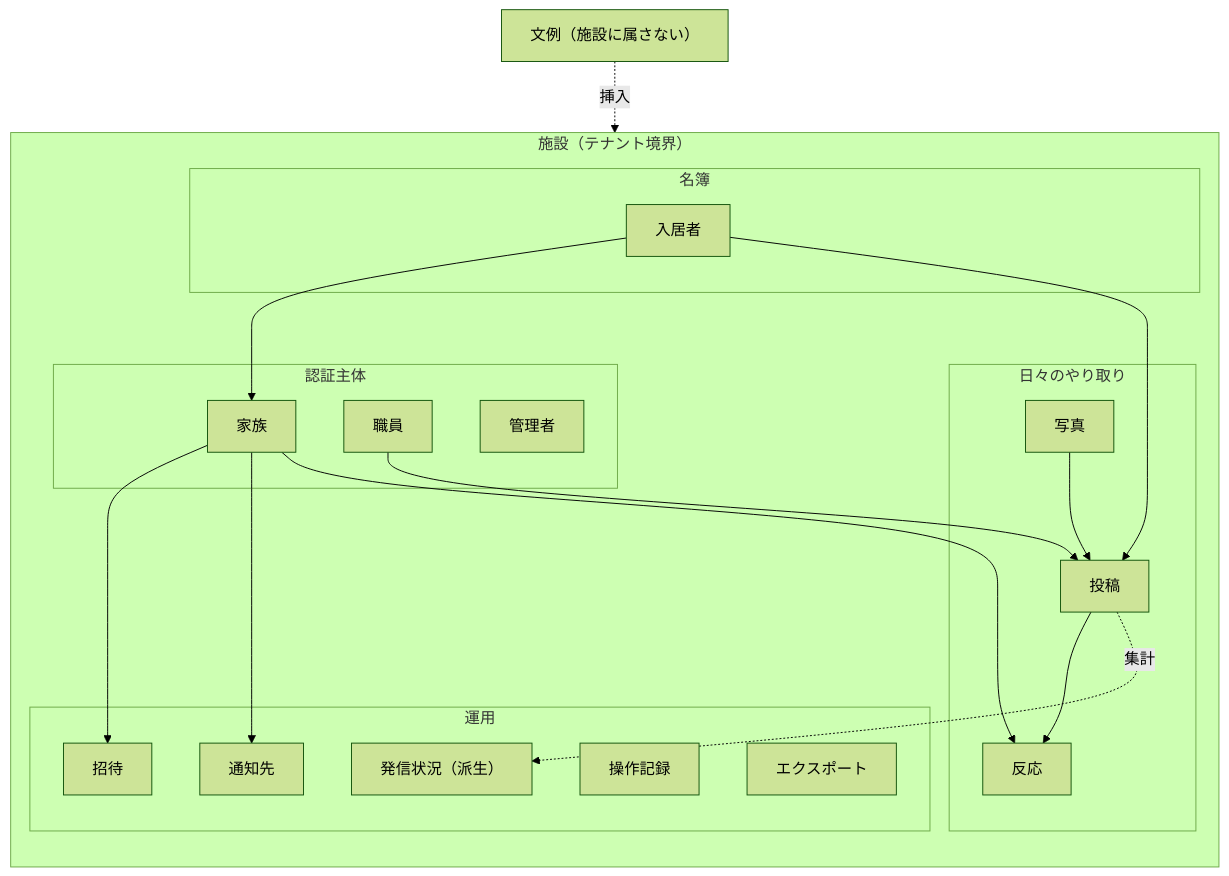
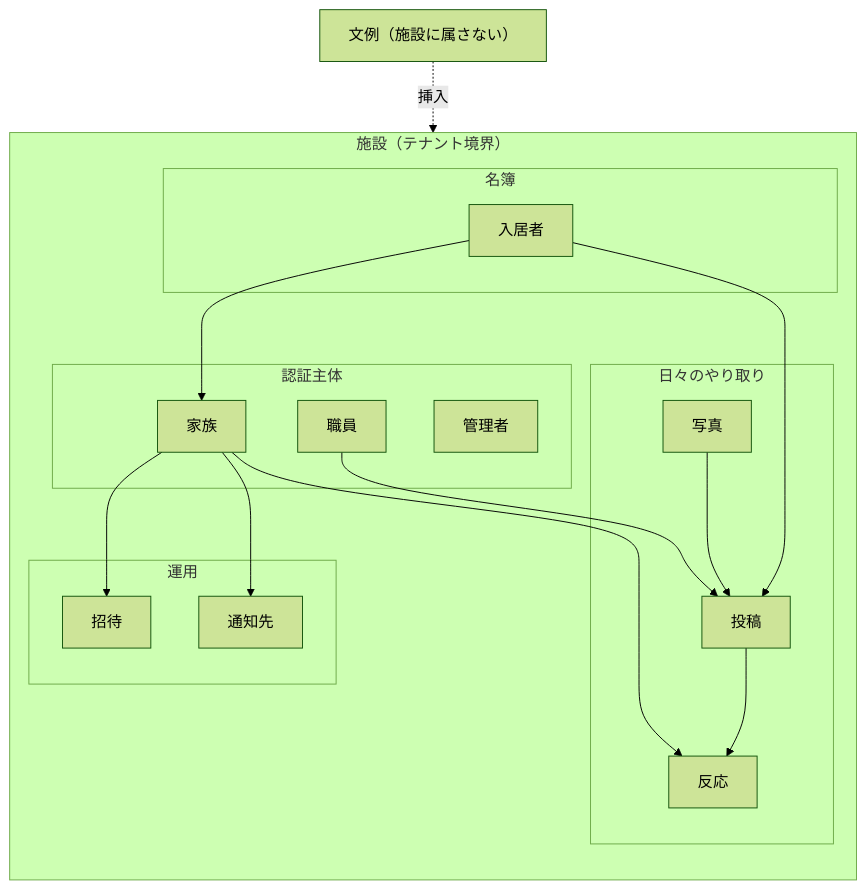
One commit to nakashita-abc/tsunagu changed the first of 5 diagrams in docs/06_リソース設計.md. Above: the diagram before and after it, drawn with Mermaid (forest theme). The commit also changed other lines of this file and 7 other files, not shown here.

````diff
--- a/docs/06_リソース設計.md
+++ b/docs/06_リソース設計.md
@@ -44,38 +44,34 @@
 ```mermaid
 flowchart TB
     subgraph TENANT["施設（テナント境界）"]
         direction TB
         subgraph AUTH["認証主体"]
             ADM["管理者"]
             STF["職員"]
             FAM["家族"]
         end
         subgraph MASTER["名簿"]
             RES["入居者"]
         end
         subgraph CONTENT["日々のやり取り"]
             PST["投稿"]
             PHO["写真"]
             RCT["反応"]
         end
         subgraph OPS["運用"]
             INV["招待"]
             NTG["通知先"]
-            AUD["操作記録"]
-            EXP["エクスポート"]
-            ACT["発信状況（派生）"]
         end
     end
     PHR["文例（施設に属さない）"]
 
     RES --> FAM
     FAM --> INV
     FAM --> NTG
     RES --> PST
     STF --> PST
     PHO --> PST
     PST --> RCT
     FAM --> RCT
-    PST -.集計.-> ACT
     PHR -.挿入.-> PST
 ```
````
